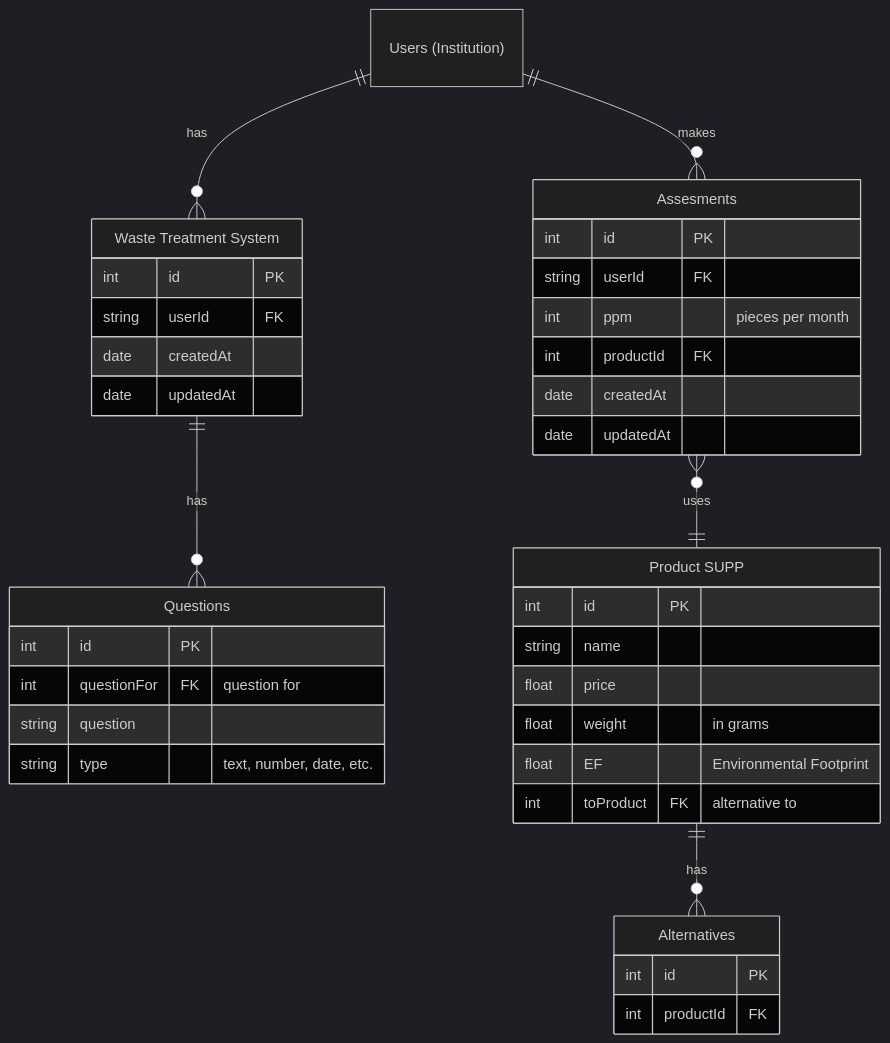
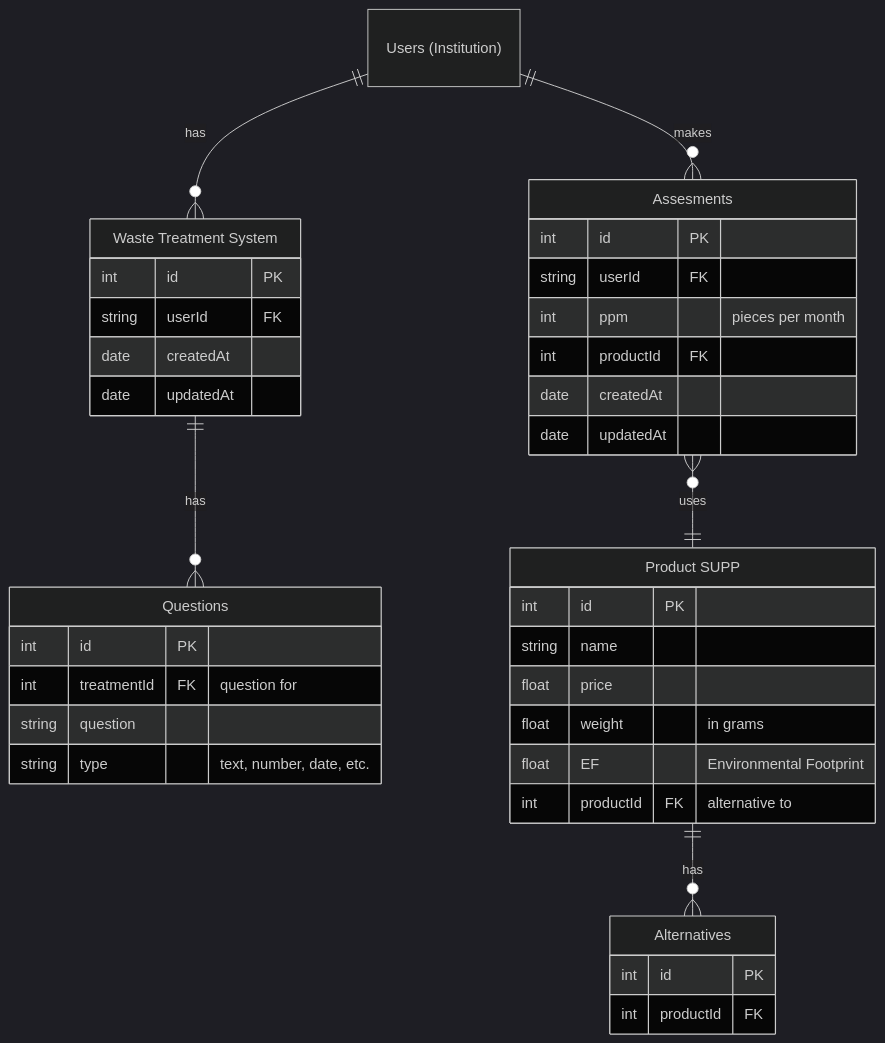
Before and after one commit to SimonStnn/BEMED: the diagram in backend/README.md, drawn with Mermaid (dark theme). The commit also changed 1 other file, not shown here.

Commit message:
Add schema constraints

````diff
--- a/backend/README.md
+++ b/backend/README.md
@@ -5,47 +5,47 @@
 ```mermaid
 erDiagram
 users["Users (Institution)"] {}
 
 treatments["Waste Treatment System"] {
     int id PK
     string userId FK
     date createdAt
     date updatedAt
 }
 
 questions["Questions"] {
     int id PK
-    int questionFor FK "question for"
+    int treatmentId FK "question for"
     string question
     string type "text, number, date, etc."
 }
 
 assesments["Assesments"] {
     int id PK
     string userId FK
     int ppm "pieces per month"
     int productId FK
     date createdAt
     date updatedAt
 }
 
 products["Product SUPP"] {
     int id PK
     string name
     float price 
     float weight "in grams"
     float EF "Environmental Footprint"
-    int toProduct FK "alternative to"
+    int productId FK "alternative to"
 }
 
 alternatives["Alternatives"] {
     int id PK
     int productId FK
 }
 
 treatments ||--o{ questions : "has"
 users ||--o{ treatments : "has"
 users ||--o{   assesments : "makes"
 products ||--o{ alternatives : "has"
 assesments }o--|| products : "uses"
 ```
````
